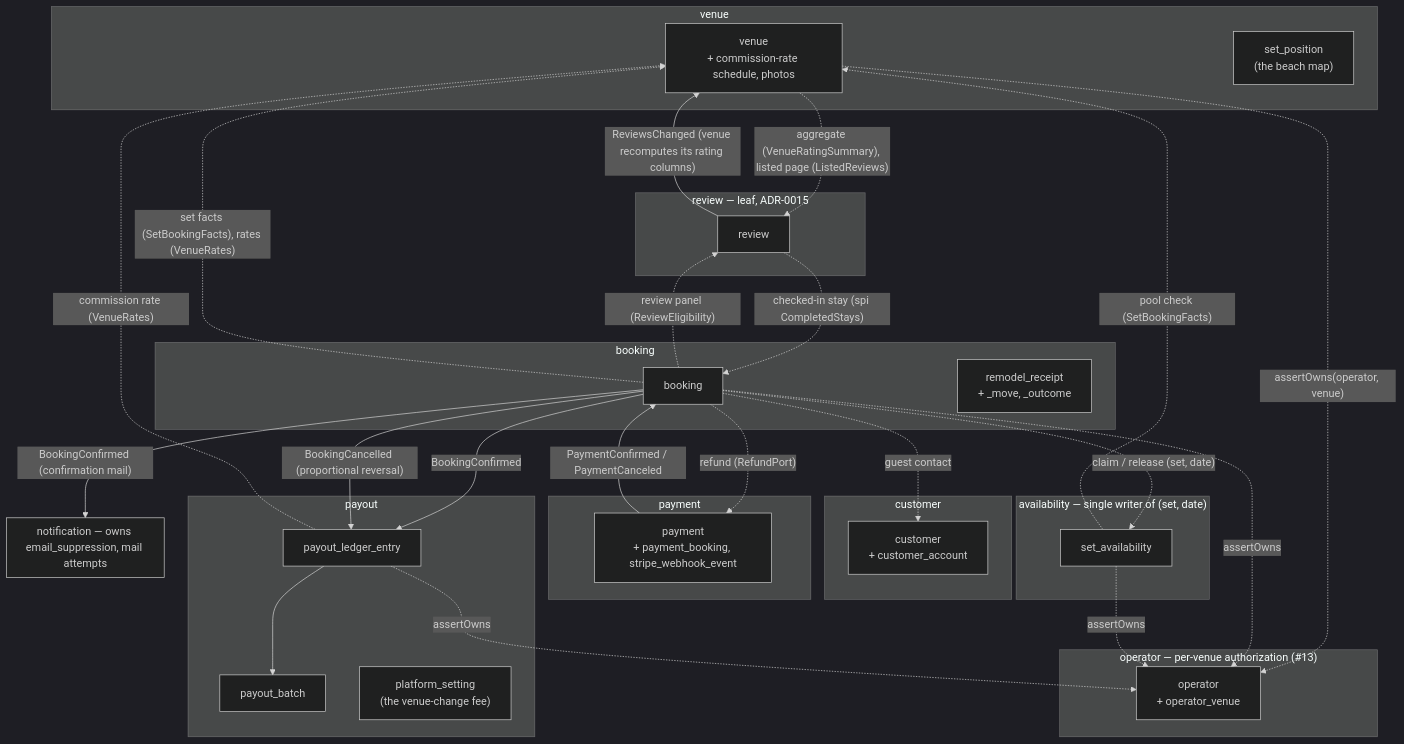
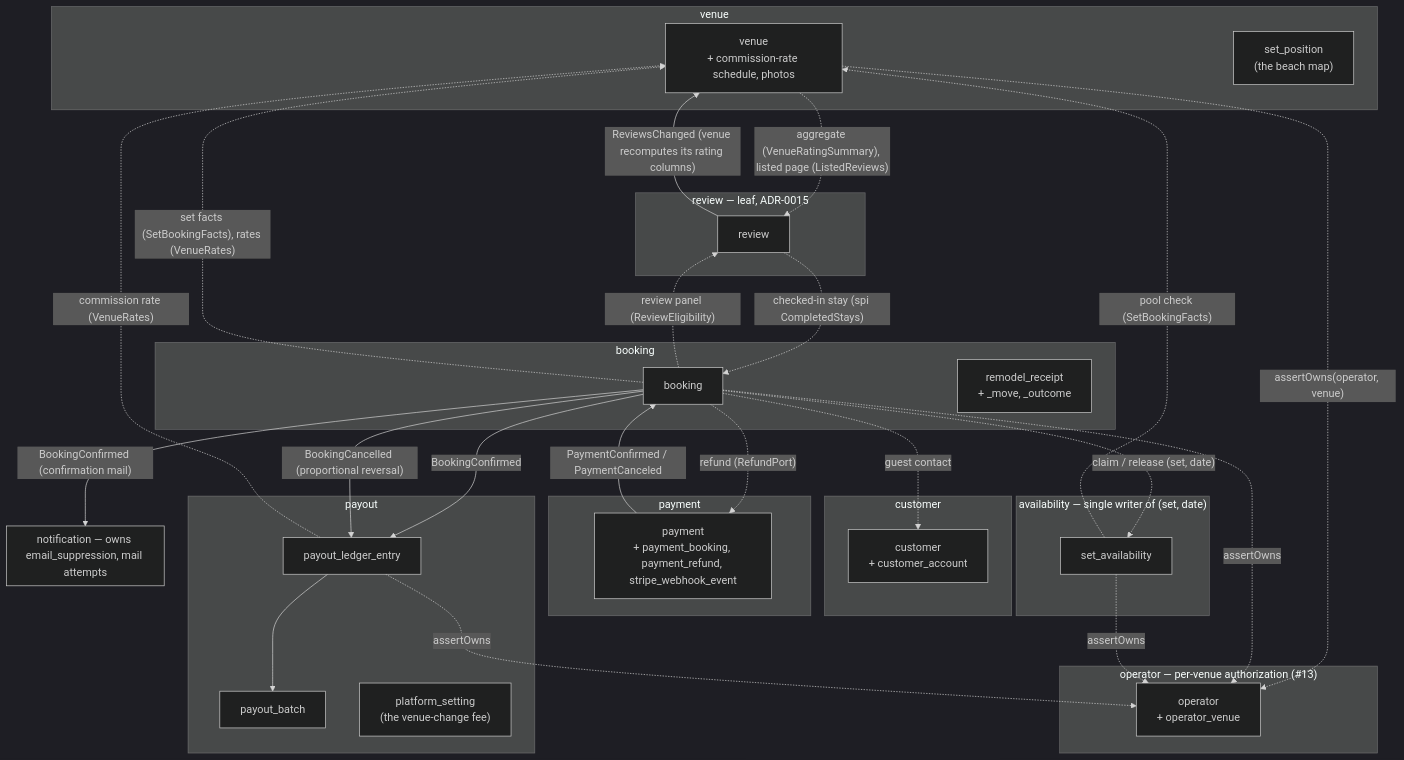
One commit to ivopogace/riviera-sunbed-booking changed the first of 15 diagrams in docs/architecture/domain-model.md. Above: the diagram before and after it, drawn with Mermaid (dark theme). The commit also changed other lines of this file and 141 other files, not shown here.

````diff
--- a/docs/architecture/domain-model.md
+++ b/docs/architecture/domain-model.md
@@ -36,55 +36,55 @@
 ```mermaid
 graph TB
     subgraph customer["customer"]
         CUST["customer<br/>+ customer_account"]
     end
     subgraph venue["venue"]
         VEN["venue<br/>+ commission-rate schedule, photos"]
         MAP["set_position<br/>(the beach map)"]
     end
     subgraph availability["availability — single writer of (set, date)"]
         AVAIL["set_availability"]
     end
     subgraph booking["booking"]
         BOOK["booking"]
         RCPT["remodel_receipt<br/>+ _move, _outcome"]
     end
     subgraph payment["payment"]
-        PAY["payment<br/>+ payment_booking, stripe_webhook_event"]
+        PAY["payment<br/>+ payment_booking, payment_refund, stripe_webhook_event"]
     end
     subgraph payout["payout"]
         LEDG["payout_ledger_entry"]
         BATCH["payout_batch"]
         PSET["platform_setting<br/>(the venue-change fee)"]
     end
     subgraph notification["notification — owns email_suppression, mail attempts"]
     end
 
     subgraph operator["operator — per-venue authorization (#13)"]
         OP["operator<br/>+ operator_venue"]
     end
     subgraph review["review — leaf, ADR-0015"]
         REV["review"]
     end
 
     PAY -- "PaymentConfirmed / PaymentCanceled" --> BOOK
     BOOK -- "BookingConfirmed" --> LEDG
     BOOK -- "BookingConfirmed (confirmation mail)" --> notification
     BOOK -- "BookingCancelled (proportional reversal)" --> LEDG
     REV -- "ReviewsChanged (venue recomputes its rating columns)" --> VEN
     VEN -. "aggregate (VenueRatingSummary), listed page (ListedReviews)" .-> REV
     BOOK -. "review panel (ReviewEligibility)" .-> REV
     REV -. "checked-in stay (spi CompletedStays)" .-> BOOK
 
     BOOK -. "claim / release (set, date)" .-> AVAIL
     BOOK -. "refund (RefundPort)" .-> PAY
     BOOK -. "set facts (SetBookingFacts), rates (VenueRates)" .-> VEN
     BOOK -. "guest contact" .-> CUST
     AVAIL -. "pool check (SetBookingFacts)" .-> VEN
     LEDG -. "commission rate (VenueRates)" .-> VEN
     VEN -. "assertOwns(operator, venue)" .-> OP
     BOOK -. "assertOwns" .-> OP
     AVAIL -. "assertOwns" .-> OP
     LEDG -. "assertOwns" .-> OP
     LEDG --> BATCH
 ```
````
